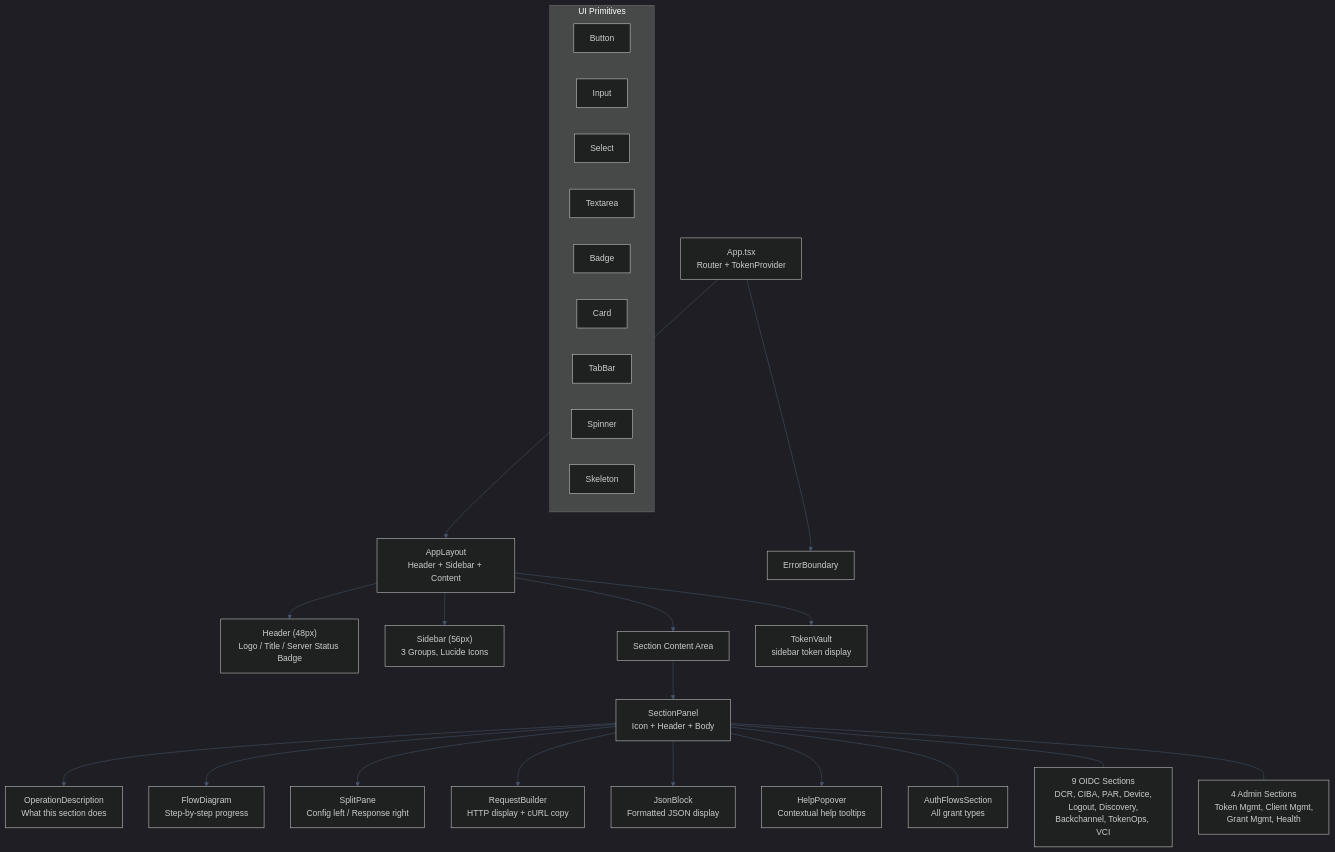
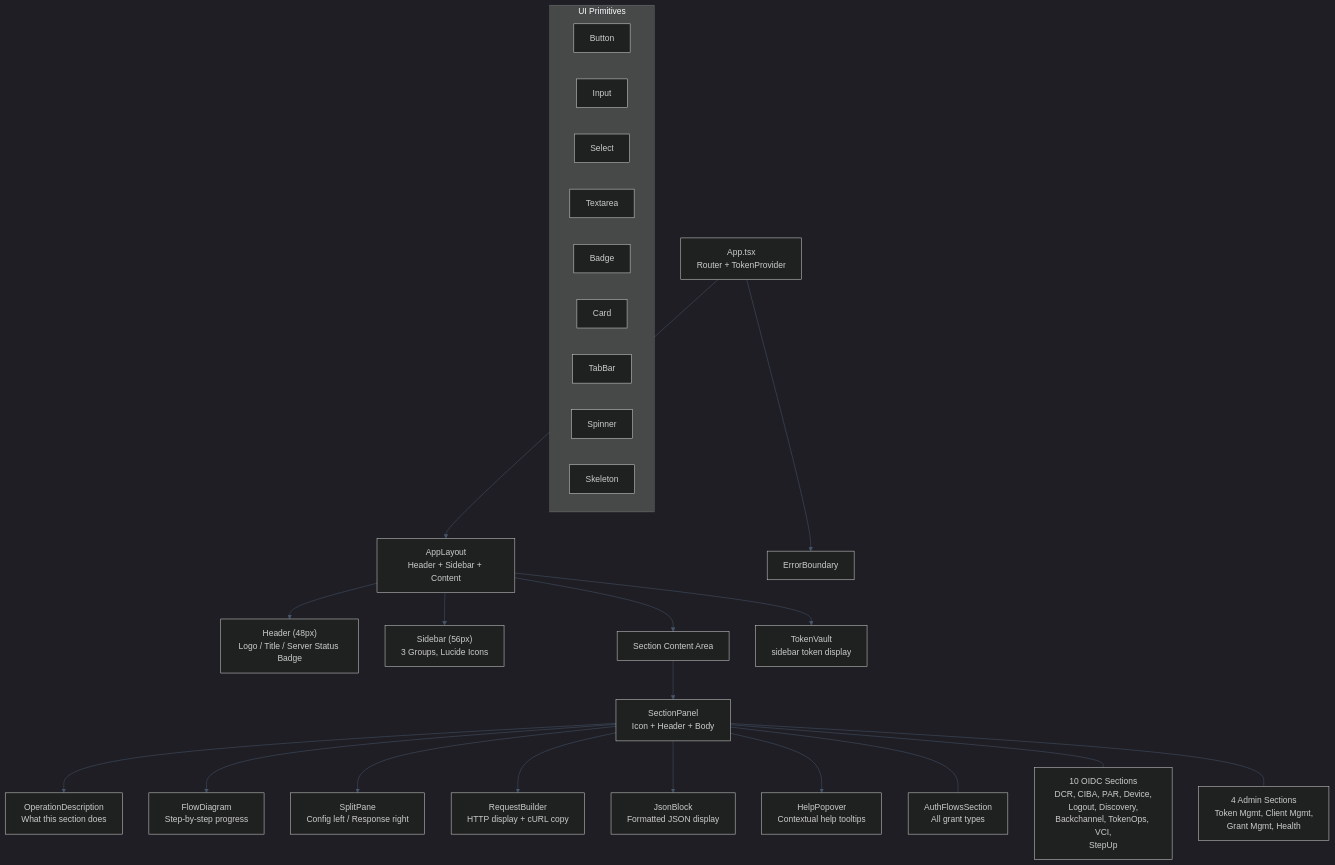
One commit to blackadi/OAUTH2.0 changed the third of 3 diagrams in docs/COMPONENT-REFERENCE.md. Above: the diagram before and after it, drawn with Mermaid. The commit also changed other lines of this file and 31 other files, not shown here.

````diff
--- a/docs/COMPONENT-REFERENCE.md
+++ b/docs/COMPONENT-REFERENCE.md
@@ -195,36 +195,36 @@
 ```mermaid
 %%{init: {'theme': 'dark', 'themeVariables': { 'primaryColor': '#1e293b', 'primaryTextColor': '#e2e8f0', 'primaryBorderColor': '#475569', 'lineColor': '#475569', 'secondaryColor': '#0f172a', 'tertiaryColor': '#334155', 'fontFamily': 'Inter'}}}%%
 flowchart TB
     APP["App.tsx<br/>Router + TokenProvider"] --> LAYOUT["AppLayout<br/>Header + Sidebar + Content"]
     APP --> ERROR_BOUNDARY["ErrorBoundary"]
     
     LAYOUT --> HEADER["Header (48px)<br/>Logo / Title / Server Status Badge"]
     LAYOUT --> SIDEBAR["Sidebar (56px)<br/>3 Groups, Lucide Icons"]
     LAYOUT --> CONTENT["Section Content Area"]
     LAYOUT --> TOKEN_VAULT["TokenVault<br/>sidebar token display"]
     
     CONTENT --> SECTION_PANEL["SectionPanel<br/>Icon + Header + Body"]
     
     SECTION_PANEL --> OPERATION_DESC["OperationDescription<br/>What this section does"]
     SECTION_PANEL --> FLOW_DIAGRAM["FlowDiagram<br/>Step-by-step progress"]
     SECTION_PANEL --> SPLIT_PANE["SplitPane<br/>Config left / Response right"]
     SECTION_PANEL --> REQUEST_BUILDER["RequestBuilder<br/>HTTP display + cURL copy"]
     SECTION_PANEL --> JSON_BLOCK["JsonBlock<br/>Formatted JSON display"]
     SECTION_PANEL --> HELP_POPOVER["HelpPopover<br/>Contextual help tooltips"]
     
     SECTION_PANEL --- AUTH_SECTION["AuthFlowsSection<br/>All grant types"]
-    SECTION_PANEL --- OIDC_SECTIONS["9 OIDC Sections<br/>DCR, CIBA, PAR, Device,<br/>Logout, Discovery,<br/>Backchannel, TokenOps, VCI"]
+    SECTION_PANEL --- OIDC_SECTIONS["10 OIDC Sections<br/>DCR, CIBA, PAR, Device,<br/>Logout, Discovery,<br/>Backchannel, TokenOps, VCI,<br/>StepUp"]
     SECTION_PANEL --- ADMIN_SECTIONS["4 Admin Sections<br/>Token Mgmt, Client Mgmt,<br/>Grant Mgmt, Health"]
     
     subgraph UI_Components["UI Primitives"]
         BTN["Button"]
         INPUT["Input"]
         SELECT["Select"]
         TEXTAREA["Textarea"]
         BADGE["Badge"]
         CARD["Card"]
         TAB_BAR["TabBar"]
         SPINNER["Spinner"]
         SKELETON["Skeleton"]
     end
 ```
````
